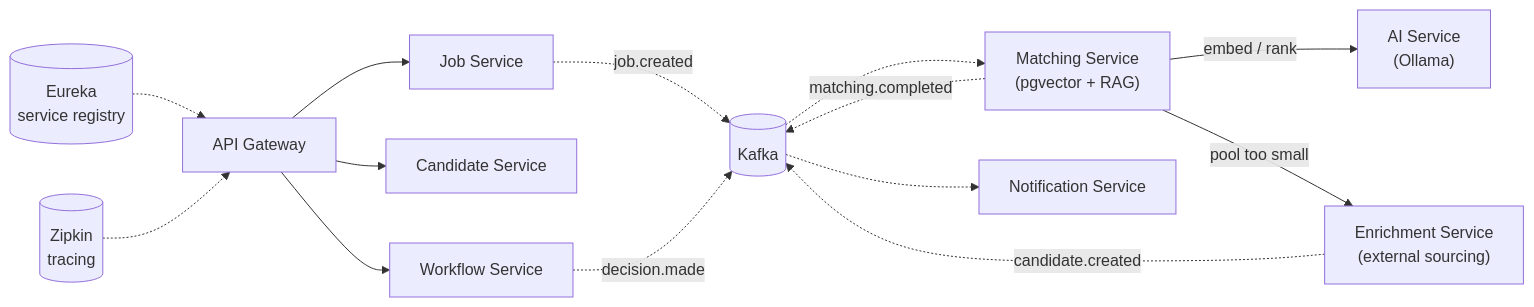
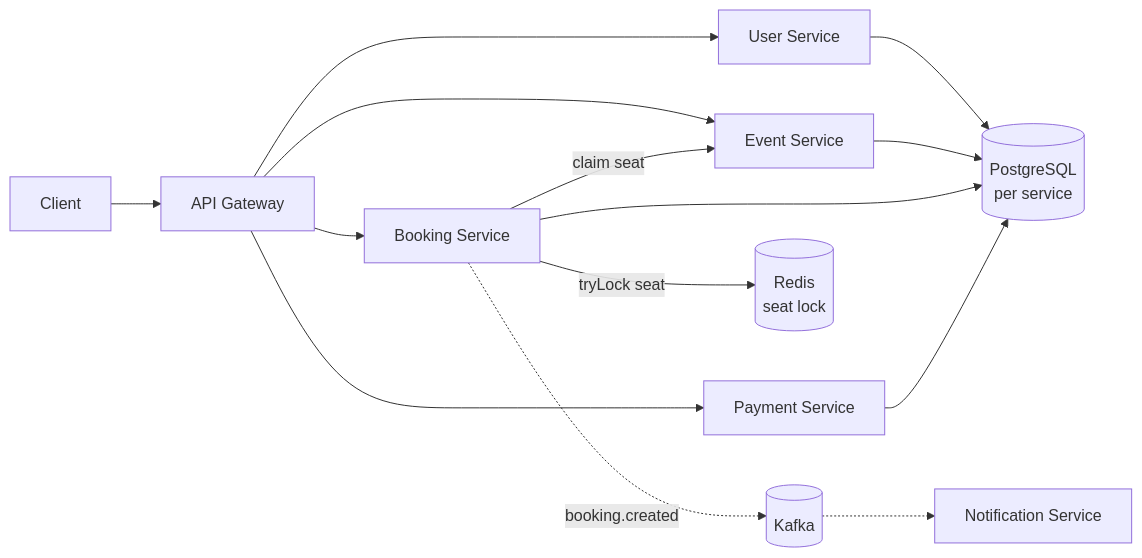
One commit to Anushchinnasamy/AnushChinnasamy changed the second of 5 diagrams in README.md. Above: the diagram before and after it, drawn with Mermaid. The commit also changed other lines of this file and 1 other file, not shown here.

First line of the commit message:
Rewrite profile README to match portfolio design and content

````diff
--- a/README.md
+++ b/README.md
@@ -203,18 +182,18 @@
 ```mermaid
 flowchart LR
-    GW["API Gateway"] --> JOB["Job Service"]
-    GW --> CAND["Candidate Service"]
-    GW --> WF["Workflow Service"]
+    Client["Client"] --> GW["API Gateway"]
+    GW --> USER["User Service"]
+    GW --> EVENT["Event Service"]
+    GW --> BOOK["Booking Service"]
+    GW --> PAY["Payment Service"]
 
-    JOB -.->|job.created| KAFKA[("Kafka")]
-    KAFKA -.-> MATCH["Matching Service<br/>(pgvector + RAG)"]
-    MATCH -->|embed / rank| AI["AI Service<br/>(Ollama)"]
-    MATCH -->|pool too small| ENRICH["Enrichment Service<br/>(external sourcing)"]
-    ENRICH -.->|candidate.created| KAFKA
-    MATCH -.->|matching.completed| KAFKA
+    BOOK -->|tryLock seat| REDIS[("Redis<br/>seat lock")]
+    BOOK -->|claim seat| EVENT
+    BOOK -.->|booking.created| KAFKA[("Kafka")]
     KAFKA -.-> NOTIFY["Notification Service"]
-    WF -.->|decision.made| KAFKA
 
-    EUREKA[("Eureka<br/>service registry")] -.-> GW
-    ZIPKIN[("Zipkin<br/>tracing")] -.-> GW
+    USER --> PG[("PostgreSQL<br/>per service")]
+    EVENT --> PG
+    BOOK --> PG
+    PAY --> PG
 ```
````
